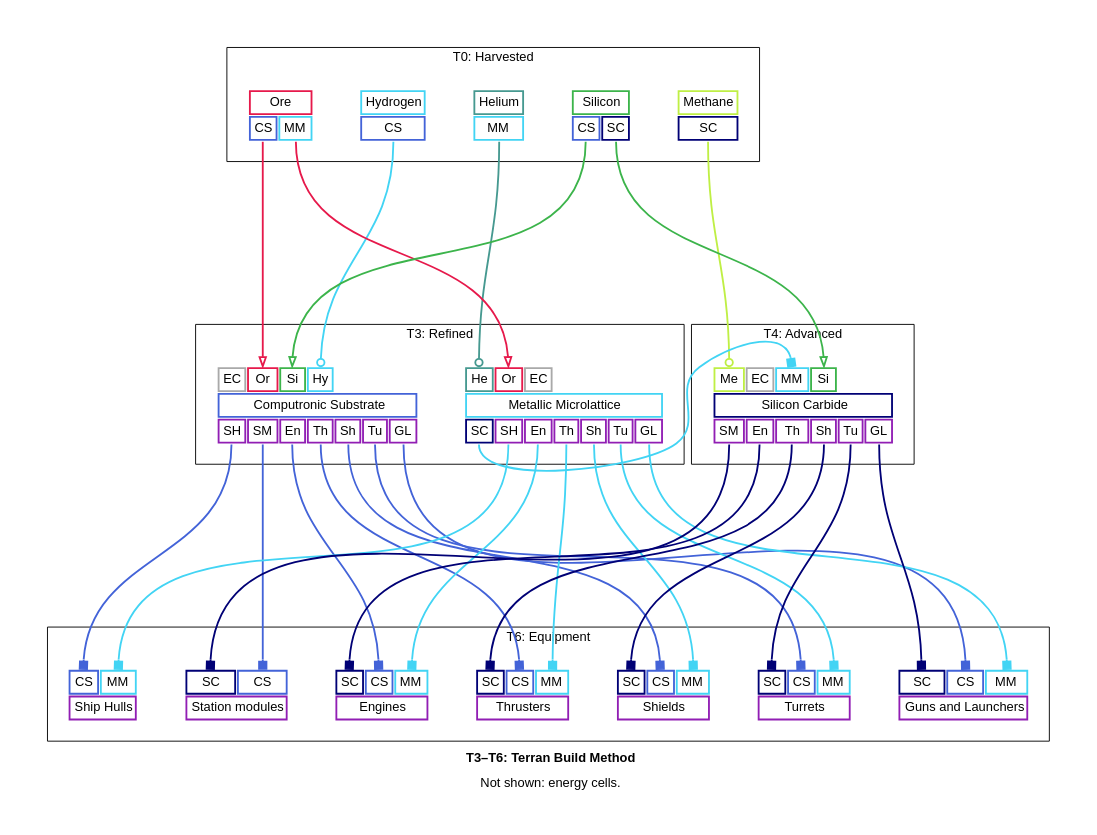
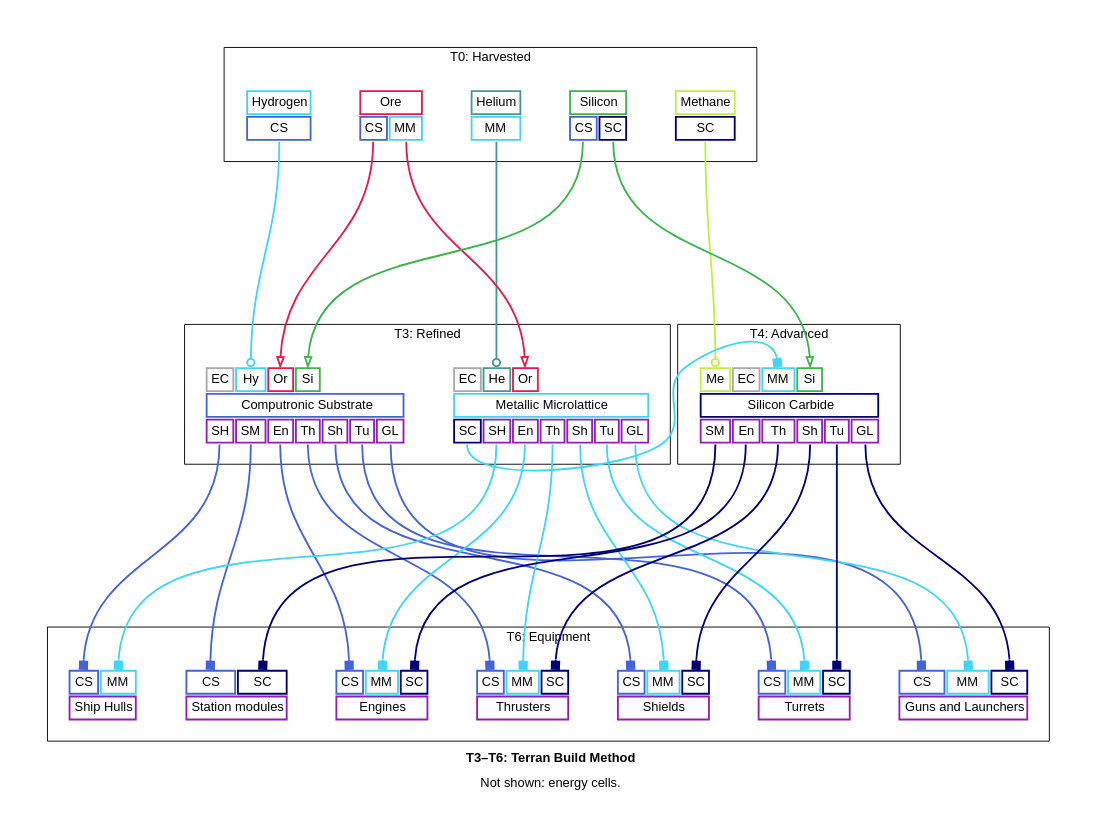
One commit to borntyping/x4-diagrams changed the diagram in docs/t3_t6_terran_build_method_graph_simplified.dot. Above: the diagram before and after it, drawn with Graphviz. The commit also changed other lines of this file and 66 other files, not shown here.

```diff
--- a/docs/t3_t6_terran_build_method_graph_simplified.dot
+++ b/docs/t3_t6_terran_build_method_graph_simplified.dot
@@ -85,11 +85,11 @@
       
         <td align="text" bgcolor="white" color="#a9a9a9" port="energy_cells">EC</td>
       
+        <td align="text" bgcolor="white" color="#42d4f4" port="hydrogen">Hy</td>
+      
         <td align="text" bgcolor="white" color="#e6194B" port="ore">Or</td>
       
         <td align="text" bgcolor="white" color="#3cb44b" port="silicon">Si</td>
-      
-        <td align="text" bgcolor="white" color="#42d4f4" port="hydrogen">Hy</td>
       
     </tr>
   
@@ -120,11 +120,11 @@
   
     <tr>
       
+        <td align="text" bgcolor="white" color="#a9a9a9" port="energy_cells">EC</td>
+      
         <td align="text" bgcolor="white" color="#469990" port="helium">He</td>
       
         <td align="text" bgcolor="white" color="#e6194B" port="ore">Or</td>
-      
-        <td align="text" bgcolor="white" color="#a9a9a9" port="energy_cells">EC</td>
       
     </tr>
   
@@ -196,11 +196,11 @@
   
     <tr>
       
-        <td align="text" bgcolor="white" color="#000075" port="silicon_carbide">SC</td>
-      
         <td align="text" bgcolor="white" color="#4363d8" port="computronic_substrate">CS</td>
       
         <td align="text" bgcolor="white" color="#42d4f4" port="metallic_microlattice">MM</td>
+      
+        <td align="text" bgcolor="white" color="#000075" port="silicon_carbide">SC</td>
       
     </tr>
   
@@ -213,11 +213,11 @@
   
     <tr>
       
-        <td align="text" bgcolor="white" color="#000075" port="silicon_carbide">SC</td>
-      
         <td align="text" bgcolor="white" color="#4363d8" port="computronic_substrate">CS</td>
       
         <td align="text" bgcolor="white" color="#42d4f4" port="metallic_microlattice">MM</td>
+      
+        <td align="text" bgcolor="white" color="#000075" port="silicon_carbide">SC</td>
       
     </tr>
   
@@ -230,11 +230,11 @@
   
     <tr>
       
-        <td align="text" bgcolor="white" color="#000075" port="silicon_carbide">SC</td>
-      
         <td align="text" bgcolor="white" color="#4363d8" port="computronic_substrate">CS</td>
       
         <td align="text" bgcolor="white" color="#42d4f4" port="metallic_microlattice">MM</td>
+      
+        <td align="text" bgcolor="white" color="#000075" port="silicon_carbide">SC</td>
       
     </tr>
   
@@ -262,9 +262,9 @@
   
     <tr>
       
+        <td align="text" bgcolor="white" color="#4363d8" port="computronic_substrate">CS</td>
+      
         <td align="text" bgcolor="white" color="#000075" port="silicon_carbide">SC</td>
-      
-        <td align="text" bgcolor="white" color="#4363d8" port="computronic_substrate">CS</td>
       
     </tr>
   
@@ -277,11 +277,11 @@
   
     <tr>
       
-        <td align="text" bgcolor="white" color="#000075" port="silicon_carbide">SC</td>
-      
         <td align="text" bgcolor="white" color="#4363d8" port="computronic_substrate">CS</td>
       
         <td align="text" bgcolor="white" color="#42d4f4" port="metallic_microlattice">MM</td>
+      
+        <td align="text" bgcolor="white" color="#000075" port="silicon_carbide">SC</td>
       
     </tr>
   
@@ -294,11 +294,11 @@
   
     <tr>
       
-        <td align="text" bgcolor="white" color="#000075" port="silicon_carbide">SC</td>
-      
         <td align="text" bgcolor="white" color="#4363d8" port="computronic_substrate">CS</td>
       
         <td align="text" bgcolor="white" color="#42d4f4" port="metallic_microlattice">MM</td>
+      
+        <td align="text" bgcolor="white" color="#000075" port="silicon_carbide">SC</td>
       
     </tr>
   
```
